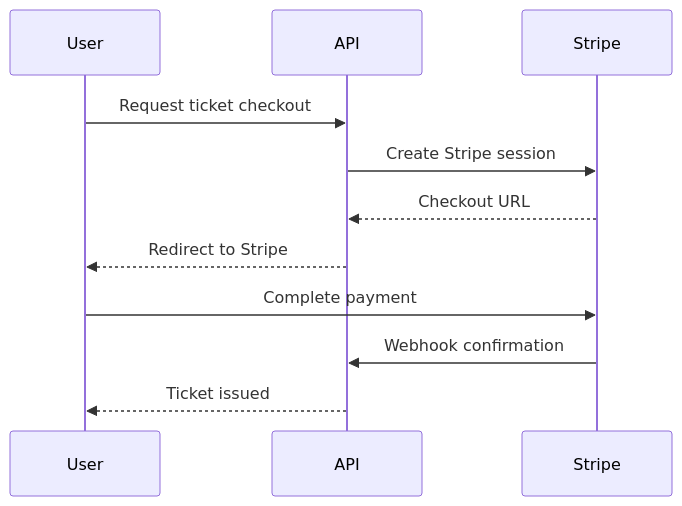
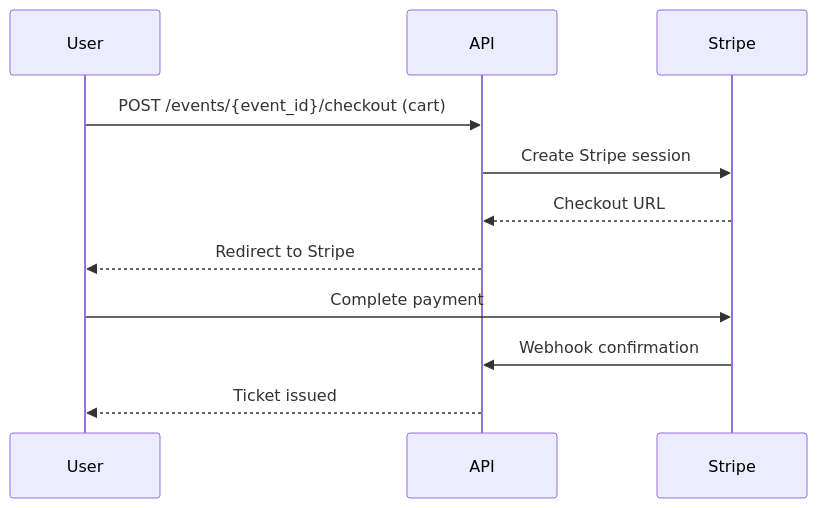
The sixth of 12 diagrams in docs/guides/user-journey.md (letsrevel/revel-backend), drawn with Mermaid before and after one commit. The commit also changed other lines of this file and 58 other files, not shown here.

````diff
--- a/docs/guides/user-journey.md
+++ b/docs/guides/user-journey.md
@@ -183,14 +197,14 @@
     ```mermaid
     sequenceDiagram
         participant U as User
         participant API as API
         participant S as Stripe
 
-        U->>API: Request ticket checkout
+        U->>API: POST /events/{event_id}/checkout (cart)
         API->>S: Create Stripe session
         S-->>API: Checkout URL
         API-->>U: Redirect to Stripe
         U->>S: Complete payment
         S->>API: Webhook confirmation
         API-->>U: Ticket issued
     ```
````
